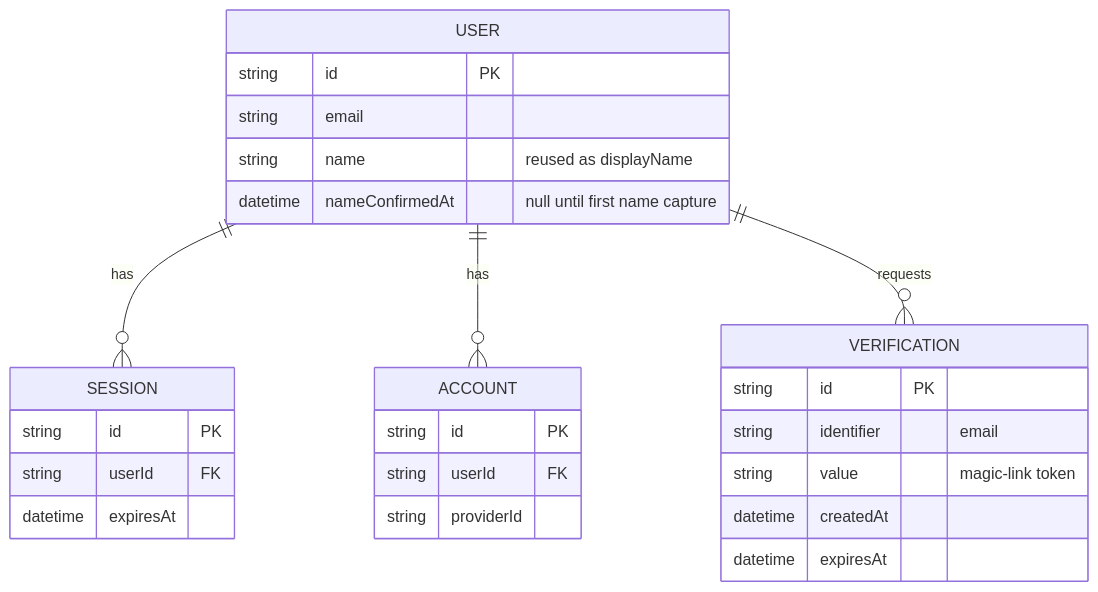
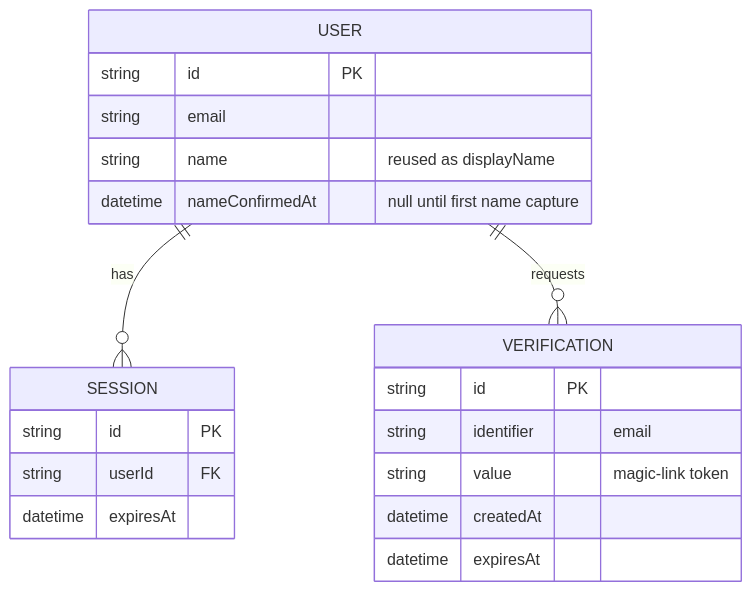
The second of 2 diagrams in features/003-signup-signin-home/plan.md (jose-garzon/travel-planning), drawn with Mermaid before and after one commit. The commit also changed other lines of this file and 1 other file, not shown here.

````diff
--- a/features/003-signup-signin-home/plan.md
+++ b/features/003-signup-signin-home/plan.md
@@ -54,29 +54,23 @@
 ```mermaid
 erDiagram
   USER ||--o{ SESSION : has
-  USER ||--o{ ACCOUNT : has
   USER ||--o{ VERIFICATION : requests
   USER {
     string id PK
     string email
     string name "reused as displayName"
     datetime nameConfirmedAt "null until first name capture"
   }
   SESSION {
     string id PK
     string userId FK
     datetime expiresAt
   }
-  ACCOUNT {
-    string id PK
-    string userId FK
-    string providerId
-  }
   VERIFICATION {
     string id PK
     string identifier "email"
     string value "magic-link token"
     datetime createdAt
     datetime expiresAt
   }
 ```
````
